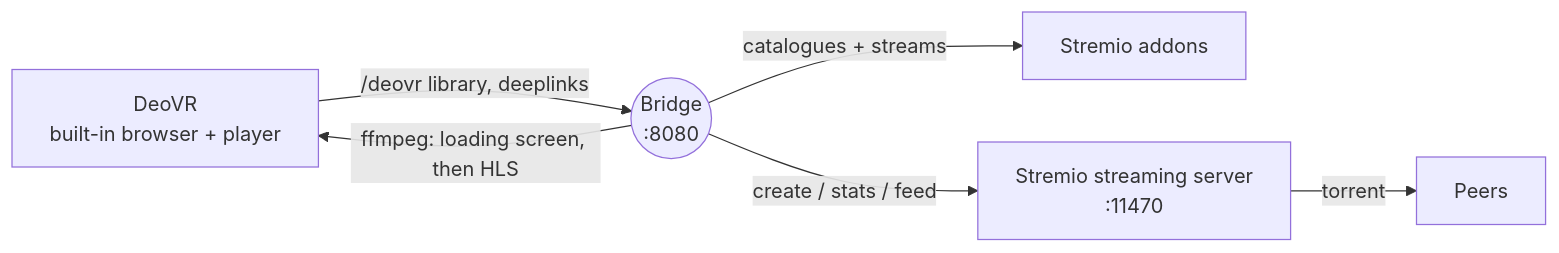
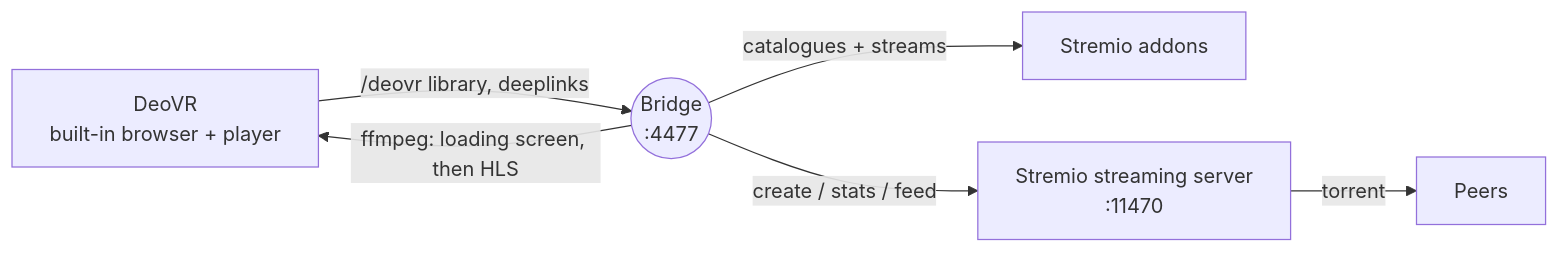
One commit to Slater-proj/deovr-stremio-bridge changed the diagram in README.md. Above: the diagram before and after it, drawn with Mermaid. The commit also changed other lines of this file and 51 other files, not shown here.

````diff
--- a/README.md
+++ b/README.md
@@ -41,8 +41,8 @@
 ```mermaid
 flowchart LR
-    D["DeoVR<br/>built-in browser + player"] -- "/deovr library, deeplinks" --> B(("Bridge<br/>:8080"))
+    D["DeoVR<br/>built-in browser + player"] -- "/deovr library, deeplinks" --> B(("Bridge<br/>:4477"))
     B -- "catalogues + streams" --> A["Stremio addons"]
     B -- "create / stats / feed" --> S["Stremio streaming server<br/>:11470"]
     S -- "torrent" --> P["Peers"]
     B -- "ffmpeg: loading screen, then HLS" --> D
 ```
````
